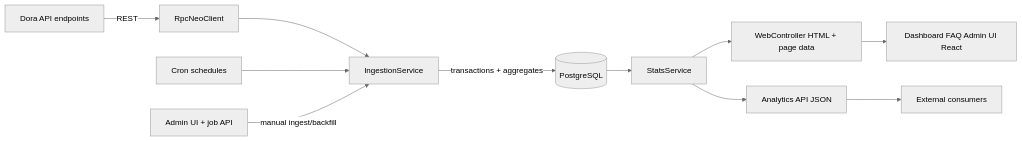
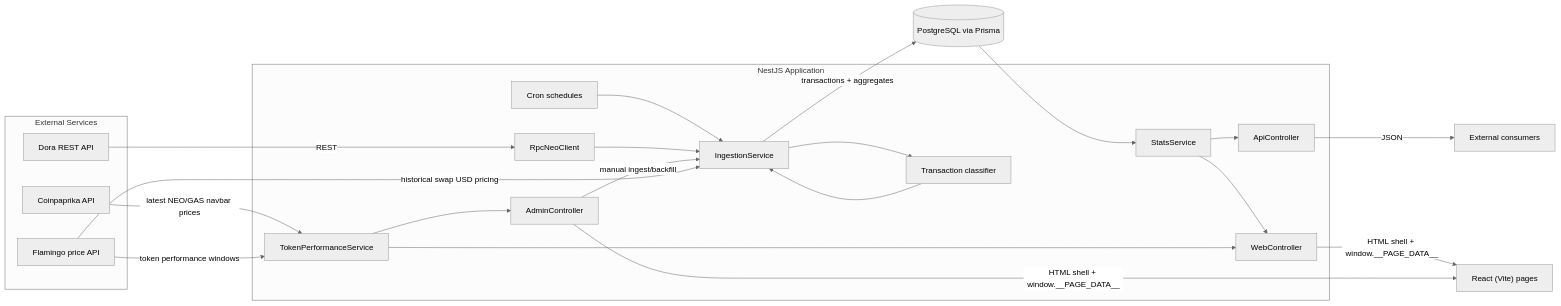
One commit to ethArek/neo-analytics changed the diagram in README.md. Above: the diagram before and after it, drawn with Mermaid (neutral theme). The commit also changed other lines of this file and 7 other files, not shown here.

````diff
--- a/README.md
+++ b/README.md
@@ -19,13 +19,43 @@
 ```mermaid
 flowchart LR
-  Dora[Dora API endpoints] -->|REST| NeoClient[RpcNeoClient]
-  NeoClient --> Ingest[IngestionService]
-  Cron[Cron schedules] --> Ingest
-  Admin[Admin UI + job API] -->|manual ingest/backfill| Ingest
-  Ingest -->|transactions + aggregates| DB[(PostgreSQL)]
-  DB --> Stats[StatsService]
-  Stats --> Web["WebController HTML + page data"]
-  Stats --> API["Analytics API JSON"]
-  Web --> UI["Dashboard FAQ Admin UI React"]
-  API --> Consumers[External consumers]
+  subgraph "External Services"
+    Dora["Dora REST API"]
+    CoinPaprika["Coinpaprika API"]
+    Flamingo["Flamingo price API"]
+  end
+
+  subgraph "NestJS Application"
+    Cron["Cron schedules"]
+    NeoClient["RpcNeoClient"]
+    Ingest["IngestionService"]
+    Classifier["Transaction classifier"]
+    Stats["StatsService"]
+    TokenSvc["TokenPerformanceService"]
+    Web["WebController"]
+    Admin["AdminController"]
+    API["ApiController"]
+  end
+
+  DB[("PostgreSQL via Prisma")]
+  UI["React (Vite) pages"]
+  Consumers["External consumers"]
+
+  Dora -->|REST| NeoClient
+  Cron --> Ingest
+  NeoClient --> Ingest
+  Ingest --> Classifier
+  Classifier --> Ingest
+  Ingest -->|transactions + aggregates| DB
+  DB --> Stats
+  Stats --> Web
+  Stats --> API
+  Admin -->|manual ingest/backfill| Ingest
+  CoinPaprika -->|latest NEO/GAS navbar prices| TokenSvc
+  Flamingo -->|token performance windows| TokenSvc
+  Flamingo -->|historical swap USD pricing| Ingest
+  TokenSvc --> Web
+  TokenSvc --> Admin
+  Web -->|HTML shell + window.__PAGE_DATA__| UI
+  Admin -->|HTML shell + window.__PAGE_DATA__| UI
+  API -->|JSON| Consumers
 ```
````
